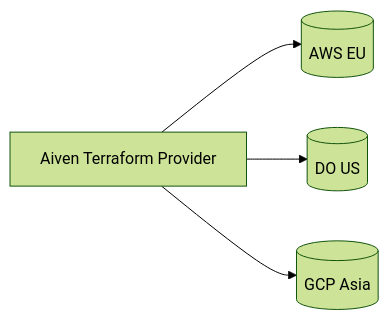
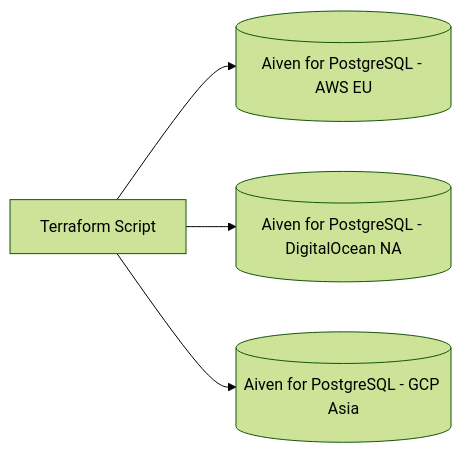
One commit to aiven/devportal changed the diagram in docs/tools/terraform/reference/cookbook/multicloud-postgresql-recipe.rst. Above: the diagram before and after it, drawn with Mermaid (forest theme). The commit also changed other lines of this file, not shown here.

```diff
--- a/docs/tools/terraform/reference/cookbook/multicloud-postgresql-recipe.rst
+++ b/docs/tools/terraform/reference/cookbook/multicloud-postgresql-recipe.rst
@@ -10,7 +10,7 @@
 .. mermaid::
 
    graph LR
-      A[Aiven Terraform Provider]
-      A --> B[(AWS EU)]
-      A --> C[(DO US)]
-      A --> D[(GCP Asia)]
+      A[Terraform Script]
+      A --> B[(Aiven for PostgreSQL - AWS EU)]
+      A --> C[(Aiven for PostgreSQL - DigitalOcean NA)]
+      A --> D[(Aiven for PostgreSQL - GCP Asia)]
```
